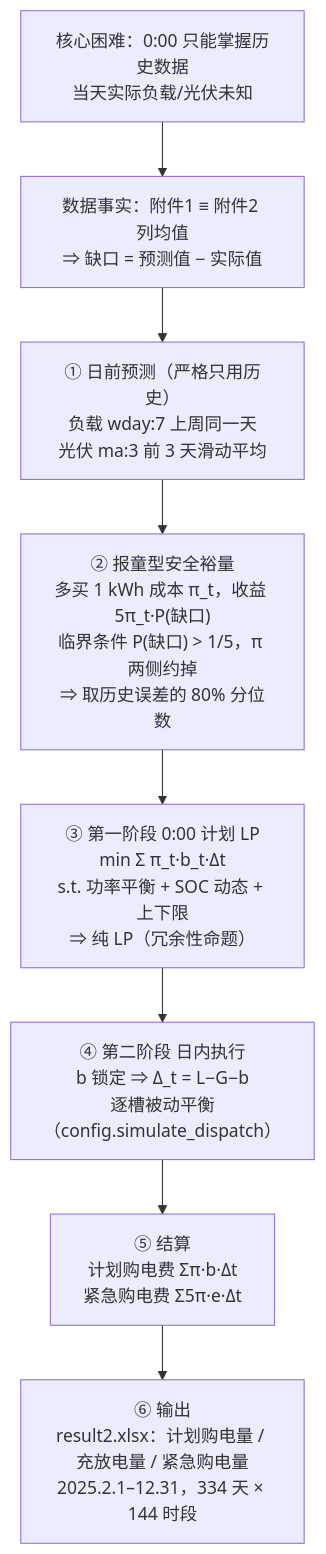
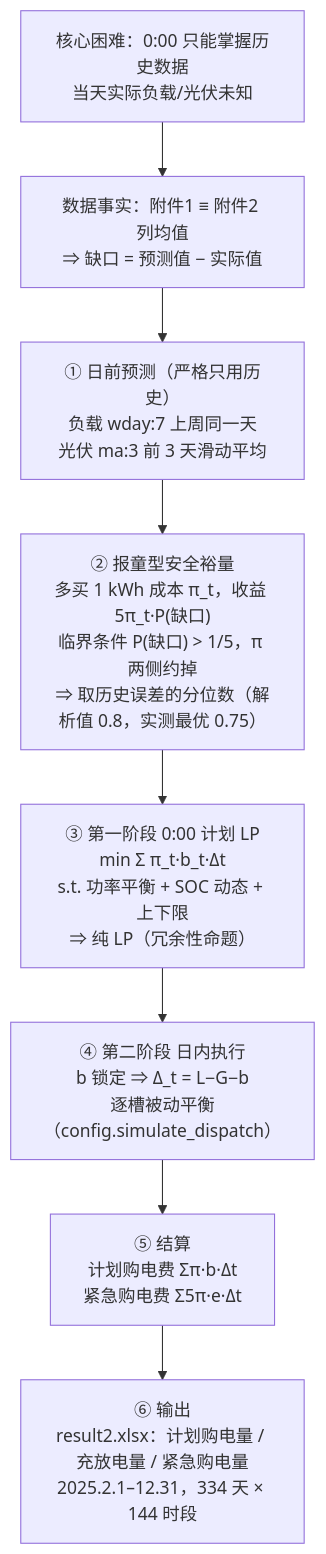
The second of 3 diagrams in 模型与口径说明.md (aircraft333/aircraft333-s-team), drawn with Mermaid before and after one commit. The commit also changed other lines of this file and 32 other files, not shown here.

````diff
--- a/模型与口径说明.md
+++ b/模型与口径说明.md
@@ -123,10 +203,10 @@
 ```mermaid
 flowchart TD
     A["核心困难：0:00 只能掌握历史数据<br/>当天实际负载/光伏未知"] --> B["数据事实：附件1 ≡ 附件2 列均值<br/>⇒ 缺口 = 预测值 − 实际值"]
     B --> C["① 日前预测（严格只用历史）<br/>负载 wday:7 上周同一天<br/>光伏 ma:3 前 3 天滑动平均"]
-    C --> D["② 报童型安全裕量<br/>多买 1 kWh 成本 π_t，收益 5π_t·P(缺口)<br/>临界条件 P(缺口) &gt; 1/5，π 两侧约掉<br/>⇒ 取历史误差的 80% 分位数"]
+    C --> D["② 报童型安全裕量<br/>多买 1 kWh 成本 π_t，收益 5π_t·P(缺口)<br/>临界条件 P(缺口) &gt; 1/5，π 两侧约掉<br/>⇒ 取历史误差的分位数（解析值 0.8，实测最优 0.75）"]
     D --> E["③ 第一阶段 0:00 计划 LP<br/>min Σ π_t·b_t·Δt<br/>s.t. 功率平衡 + SOC 动态 + 上下限<br/>⇒ 纯 LP（冗余性命题）"]
     E --> F["④ 第二阶段 日内执行<br/>b 锁定 ⇒ Δ_t = L−G−b<br/>逐槽被动平衡（config.simulate_dispatch）"]
     F --> G["⑤ 结算<br/>计划购电费 Σπ·b·Δt<br/>紧急购电费 Σ5π·e·Δt"]
     G --> H["⑥ 输出<br/>result2.xlsx：计划购电量 / 充放电量 / 紧急购电量<br/>2025.2.1–12.31，334 天 × 144 时段"]
 ```
````
